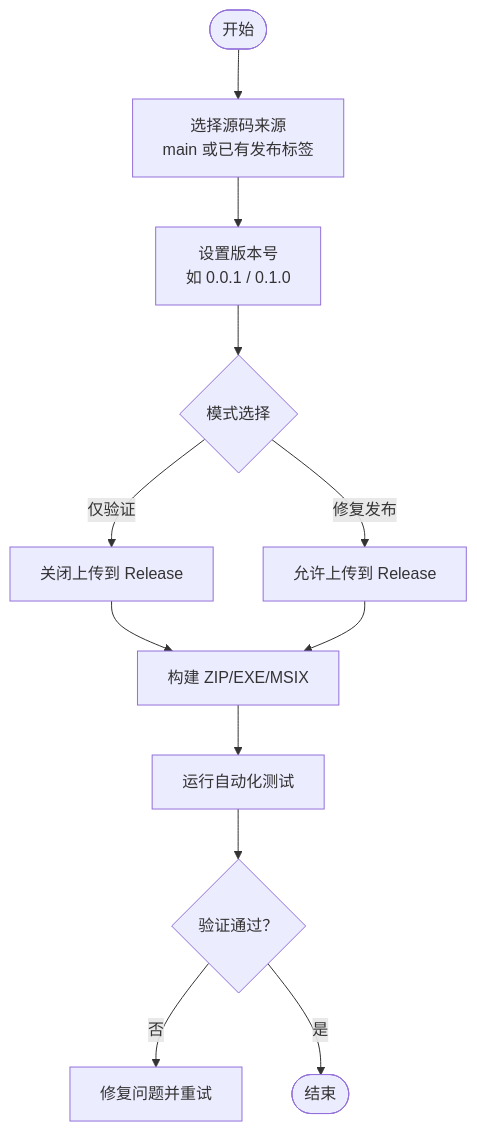
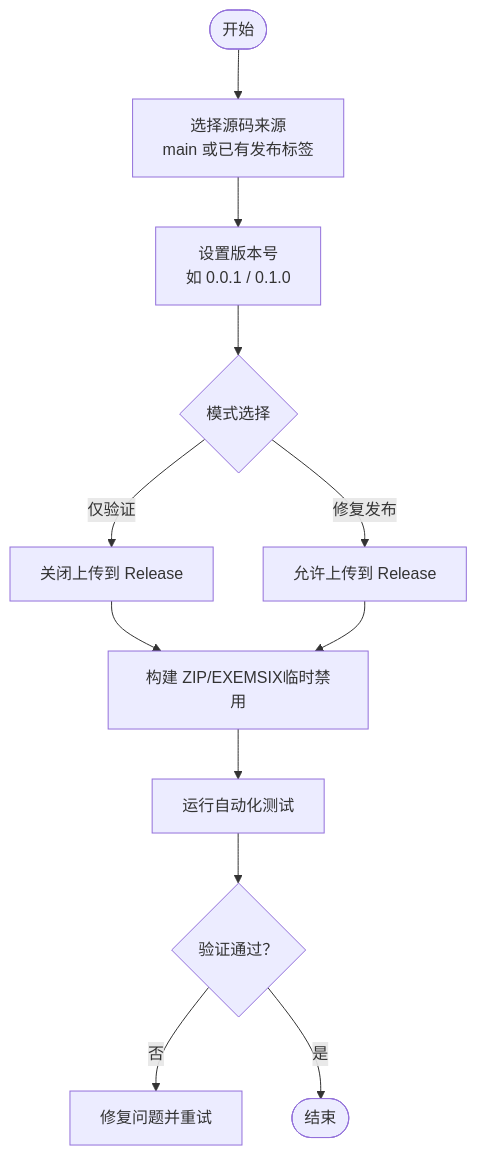
One commit to terwer/autojs6-dev-tools changed the third of 7 diagrams in .qoder/repowiki/zh/content/贡献指南/代码贡献规范/开发流程与代码审查/持续集成与部署.md. Above: the diagram before and after it, drawn with Mermaid. The commit also changed other lines of this file and 3 other files, not shown here.

````diff
--- a/.qoder/repowiki/zh/content/贡献指南/代码贡献规范/开发流程与代码审查/持续集成与部署.md
+++ b/.qoder/repowiki/zh/content/贡献指南/代码贡献规范/开发流程与代码审查/持续集成与部署.md
@@ -171,14 +177,14 @@
 ```mermaid
 flowchart TD
 Start(["开始"]) --> ChooseSrc["选择源码来源<br/>main 或已有发布标签"]
 ChooseSrc --> SetVer["设置版本号<br/>如 0.0.1 / 0.1.0"]
 SetVer --> Mode{"模式选择"}
 Mode --> |仅验证| NoUpload["关闭上传到 Release"]
 Mode --> |修复发布| Upload["允许上传到 Release"]
-NoUpload --> BuildAll["构建 ZIP/EXE/MSIX"]
+NoUpload --> BuildAll["构建 ZIP/EXEMSIX临时禁用"]
 Upload --> BuildAll
 BuildAll --> TestRun["运行自动化测试"]
 TestRun --> Verify{"验证通过？"}
 Verify --> |否| Fix["修复问题并重试"]
 Verify --> |是| Done(["结束"])
 ```
````
